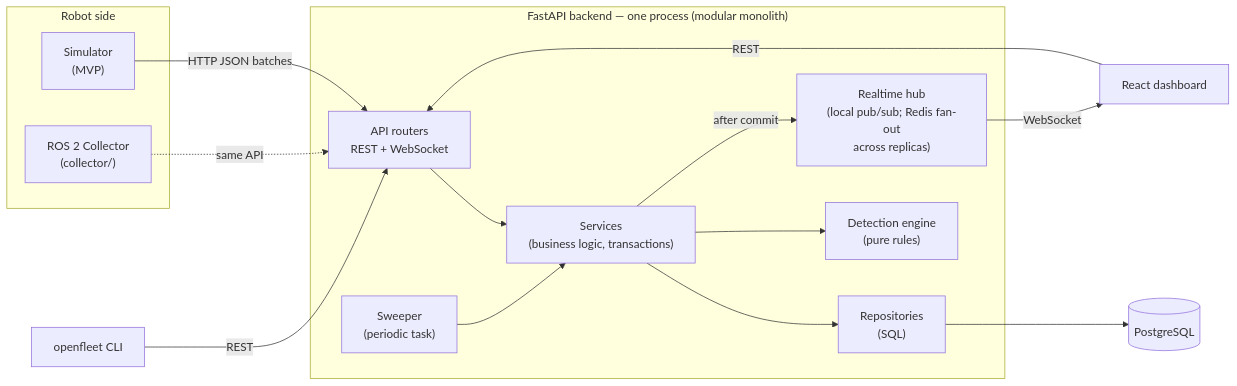
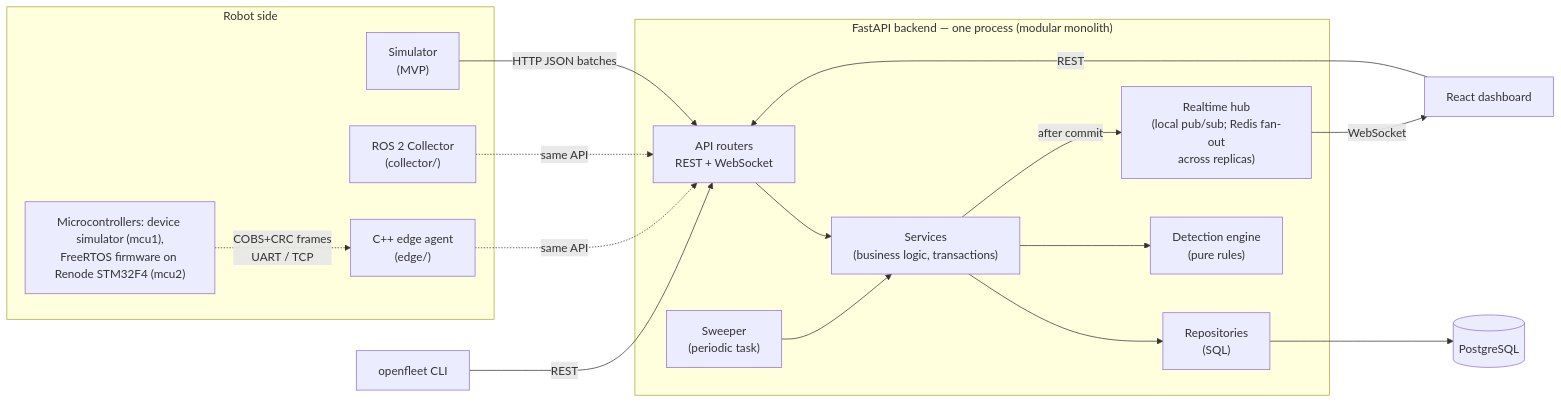
The diagram in docs/ARCHITECTURE.md (saiken13/openfleet-replay), drawn with Mermaid before and after one commit. The commit also changed other lines of this file and 108 other files, not shown here.

First line of the commit message:
Add embedded tier: C++ edge agent, device protocol, FreeRTOS firmware, regression tier

````diff
--- a/docs/ARCHITECTURE.md
+++ b/docs/ARCHITECTURE.md
@@ -8,31 +8,35 @@
 ```mermaid
 flowchart LR
     subgraph Edge["Robot side"]
         SIM["Simulator<br/>(MVP)"]
         ROS["ROS 2 Collector<br/>(collector/)"]
+        EDGE["C++ edge agent<br/>(edge/)"]
+        MCU["Microcontrollers: device simulator (mcu1),<br/>FreeRTOS firmware on Renode STM32F4 (mcu2)"]
     end
 
     subgraph Backend["FastAPI backend — one process (modular monolith)"]
         R["API routers<br/>REST + WebSocket"]
         S["Services<br/>(business logic, transactions)"]
         REP["Repositories<br/>(SQL)"]
         D["Detection engine<br/>(pure rules)"]
         H["Realtime hub<br/>(local pub/sub; Redis fan-out<br/>across replicas)"]
         SW["Sweeper<br/>(periodic task)"]
     end
 
     PG[("PostgreSQL")]
     UI["React dashboard"]
     CLI["openfleet CLI"]
 
     SIM -- "HTTP JSON batches" --> R
     ROS -. "same API" .-> R
+    EDGE -. "same API" .-> R
+    MCU -. "COBS+CRC frames<br/>UART / TCP" .-> EDGE
     R --> S
     SW --> S
     S --> REP --> PG
     S --> D
     S -- "after commit" --> H
     H -- "WebSocket" --> UI
     UI -- "REST" --> R
     CLI -- "REST" --> R
 ```
````
